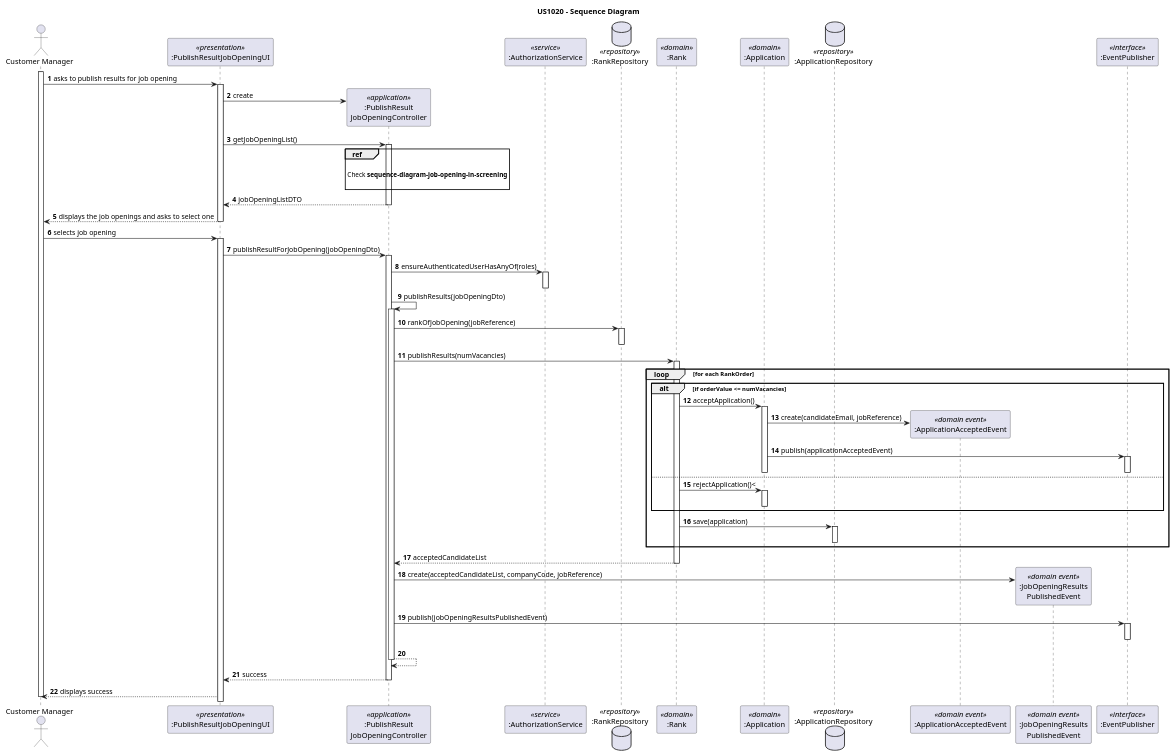
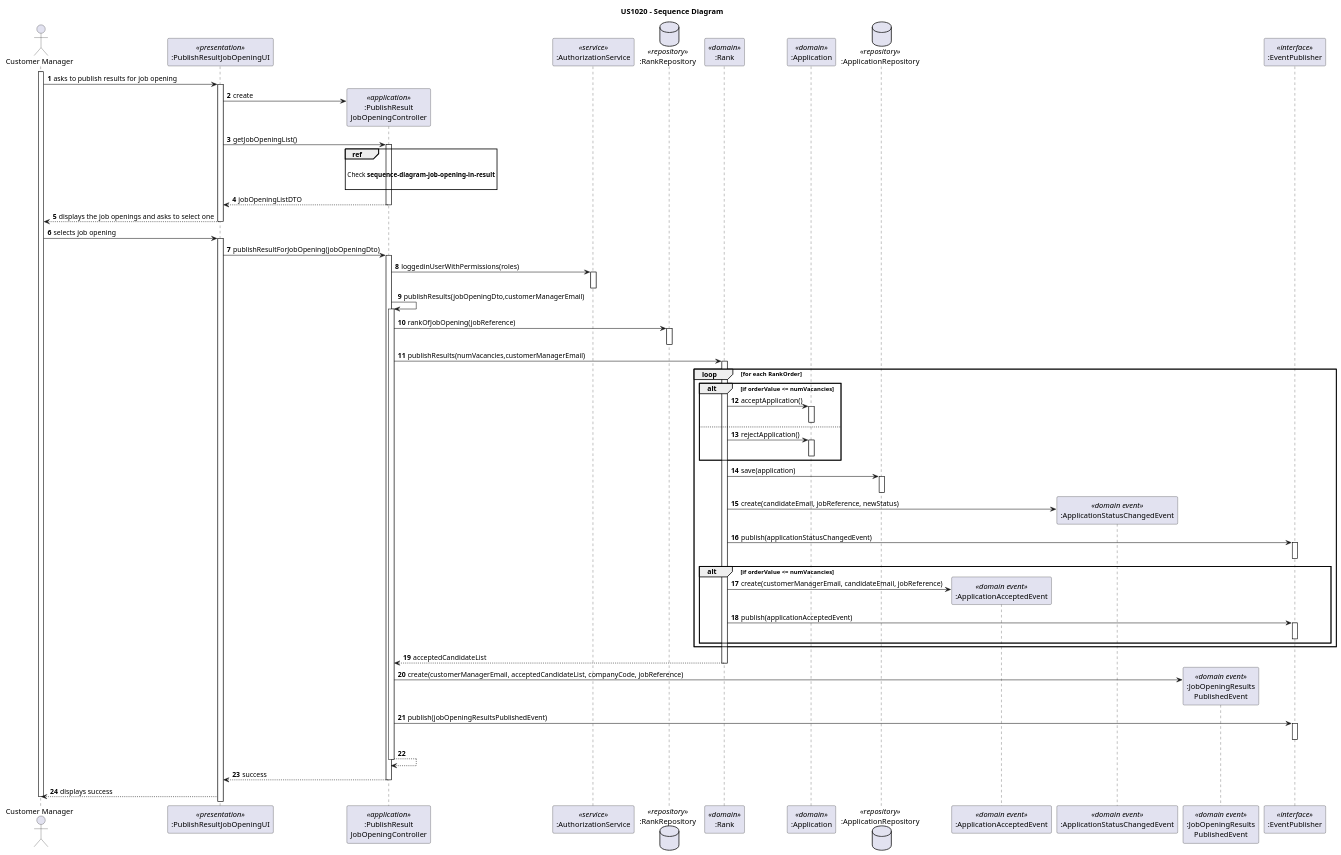
The diagram in docs/sprint-c/us_1020/design-diagrams/sequence-diagram.puml (rita-barbosa/LAPR4-2324), drawn with PlantUML before and after one commit. The commit also changed 7 other files, not shown here.

Commit message:
docs: updates sequence diagrams of us1020. [#178]

```diff
--- a/docs/sprint-c/us_1020/design-diagrams/sequence-diagram.puml
+++ b/docs/sprint-c/us_1020/design-diagrams/sequence-diagram.puml
@@ -1,109 +1,116 @@
 @startuml
 'https://plantuml.com/sequence-diagram
 
 title US1020 - Sequence Diagram
 
 autonumber
 
 actor "Customer Manager" as USER
 participant ":PublishResultJobOpeningUI" as UI <<presentation>>
 participant ":PublishResult\nJobOpeningController" as CTRL <<application>>
 participant ":AuthorizationService" as AUTHZ <<service>>
 database ":RankRepository" as R_REPO <<repository>>
 participant ":Rank" as R <<domain>>
 participant ":Application" as A <<domain>>
 database ":ApplicationRepository" as A_REPO <<repository>>
 participant ":ApplicationAcceptedEvent" as NAAE <<domain event>>
+participant ":ApplicationStatusChangedEvent" as ASCE <<domain event>>
 participant ":JobOpeningResults\nPublishedEvent" as JORPE <<domain event>>
 participant ":EventPublisher" as EP <<interface>>
 
 
 activate USER
 
 USER -> UI : asks to publish results for job opening
 activate UI
 
 UI -> CTRL**: create
 
 UI -> CTRL : getJobOpeningList()
 activate CTRL
 
 ref over CTRL
 
-Check **sequence-diagram-job-opening-in-screening**
+Check **sequence-diagram-job-opening-in-result**
 
 end ref
 
 CTRL --> UI: jobOpeningListDTO
 deactivate CTRL
 
 UI --> USER : displays the job openings and asks to select one
 deactivate UI
 
 
 USER -> UI : selects job opening
 activate UI
 
     UI -> CTRL: publishResultForJobOpening(jobOpeningDto)
     activate CTRL
 
-    CTRL -> AUTHZ:  ensureAuthenticatedUserHasAnyOf(roles)
+    CTRL -> AUTHZ:  loggedinUserWithPermissions(roles)
     activate AUTHZ
     deactivate AUTHZ
 
-    CTRL -> CTRL : publishResults(jobOpeningDto)
+    CTRL -> CTRL : publishResults(jobOpeningDto,customerManagerEmail)
     activate CTRL
 
         CTRL -> R_REPO: rankOfJobOpening(jobReference)
         activate R_REPO
         deactivate R_REPO
 
-        CTRL -> R: publishResults(numVacancies)
+        CTRL -> R: publishResults(numVacancies,customerManagerEmail)
         activate R
 
             loop for each RankOrder
 
                 alt if orderValue <= numVacancies
                     R -> A : acceptApplication()
                     activate A
-
-
-                    A -> NAAE**: create(candidateEmail, jobReference)
-                    A -> EP: publish(applicationAcceptedEvent)
-                    activate EP
-                    deactivate EP
-
                     deactivate A
 
                 else
-                    R-> A: rejectApplication()<
+                    R-> A: rejectApplication()
                     activate A
                     deactivate A
                 end alt
 
                 R -> A_REPO: save(application)
                 activate A_REPO
                 deactivate A_REPO
 
+                R -> ASCE** : create(candidateEmail, jobReference, newStatus)
+                R-> EP: publish(applicationStatusChangedEvent)
+                activate EP
+                deactivate EP
+
+                alt if orderValue <= numVacancies
+                    R -> NAAE**: create(customerManagerEmail, candidateEmail, jobReference)
+                    R -> EP: publish(applicationAcceptedEvent)
+                    activate EP
+                    deactivate EP
+                end alt
+
+
             end loop
         R --> CTRL: acceptedCandidateList
         deactivate R
 
-    CTRL-> JORPE**: create(acceptedCandidateList, companyCode, jobReference)
+    CTRL-> JORPE**: create(customerManagerEmail, acceptedCandidateList, companyCode, jobReference)
     CTRL -> EP: publish(jobOpeningResultsPublishedEvent)
     activate EP
     deactivate EP
 
 
     CTRL --> CTRL:
     deactivate CTRL
 
 CTRL --> UI: success
 deactivate CTRL
 
 UI --> USER: displays success
 
 deactivate USER
 
 
 @enduml
```
